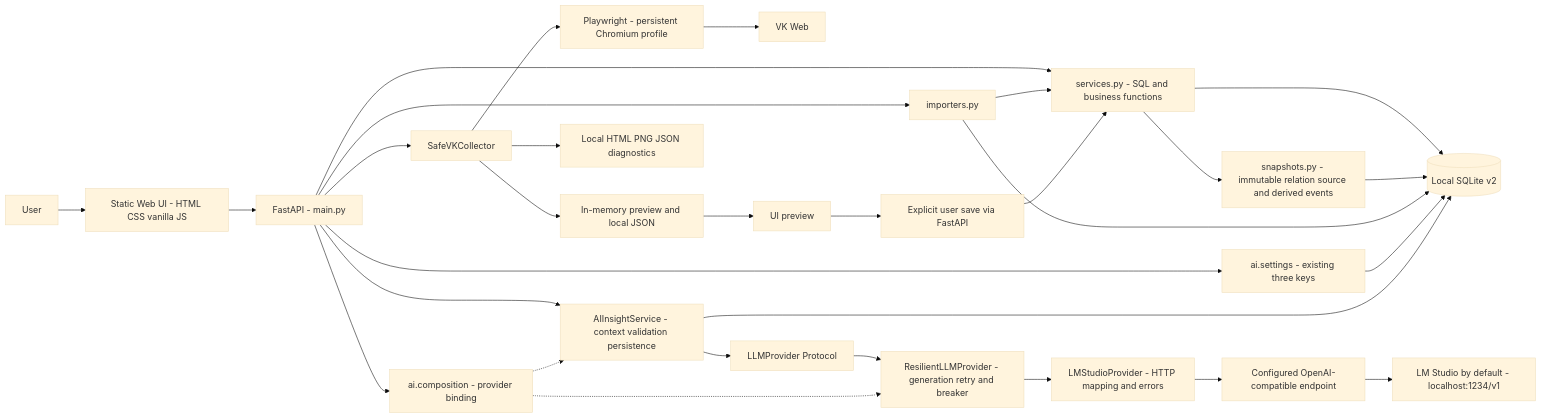
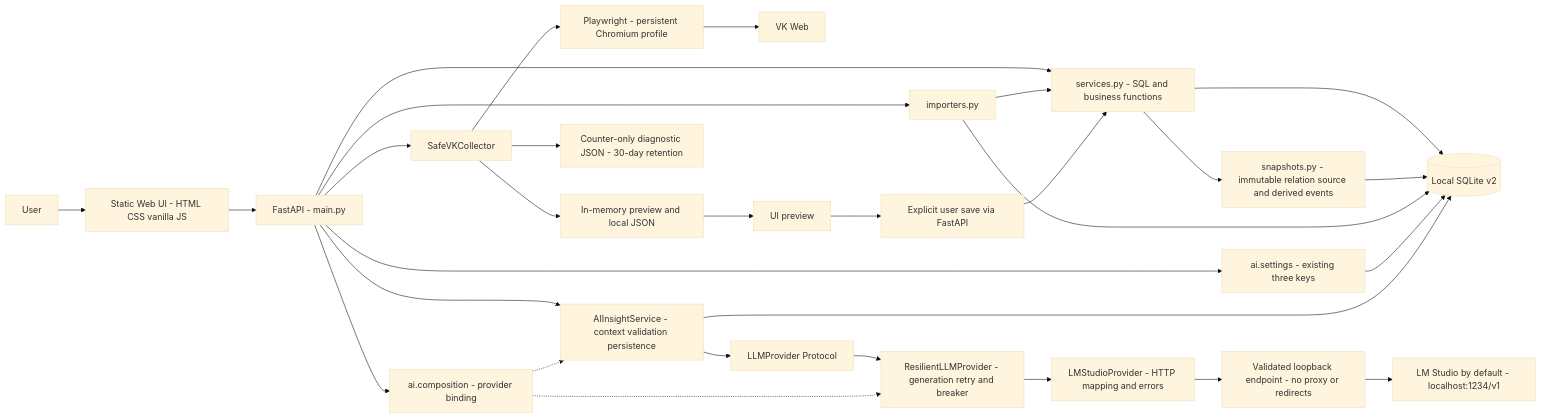
Before and after one commit to morshchagin-ivan/vk_social_radar: the diagram in docs/certification/C4_CURRENT.md, drawn with Mermaid (base theme). The commit also changed other lines of this file and 22 other files, not shown here.

Commit message:
chore(ci): add unified architecture quality gates

````diff
--- a/docs/certification/C4_CURRENT.md
+++ b/docs/certification/C4_CURRENT.md
@@ -5,32 +5,32 @@
 ```mermaid
 flowchart LR
   User["User"] --> UI["Static Web UI - HTML CSS vanilla JS"]
   UI --> API["FastAPI - main.py"]
   API --> Services["services.py - SQL and business functions"]
   Services --> DB[("Local SQLite v2")]
   Services --> Snapshots["snapshots.py - immutable relation source and derived events"]
   Snapshots --> DB
   API --> Imports["importers.py"]
   Imports --> Services
   Imports --> DB
   API --> Collector["SafeVKCollector"]
   Collector --> PW["Playwright - persistent Chromium profile"]
   PW --> VK["VK Web"]
   API --> AI["AIInsightService - context validation persistence"]
   AI --> Port["LLMProvider Protocol"]
   Port --> Resilience["ResilientLLMProvider - generation retry and breaker"]
   Resilience --> LMAdapter["LMStudioProvider - HTTP mapping and errors"]
   API --> Composition["ai.composition - provider binding"]
   Composition -.-> AI
   Composition -.-> Resilience
   API --> Settings["ai.settings - existing three keys"]
   Settings --> DB
   AI --> DB
-  LMAdapter --> Endpoint["Configured OpenAI-compatible endpoint"]
+  LMAdapter --> Endpoint["Validated loopback endpoint - no proxy or redirects"]
   Endpoint --> LMDefault["LM Studio by default - localhost:1234/v1"]
   Collector --> Preview["In-memory preview and local JSON"]
-  Collector --> Diagnostics["Local HTML PNG JSON diagnostics"]
+  Collector --> Diagnostics["Counter-only diagnostic JSON - 30-day retention"]
   Preview --> PreviewUI["UI preview"]
   PreviewUI --> Save["Explicit user save via FastAPI"]
   Save --> Services
 ```
````
